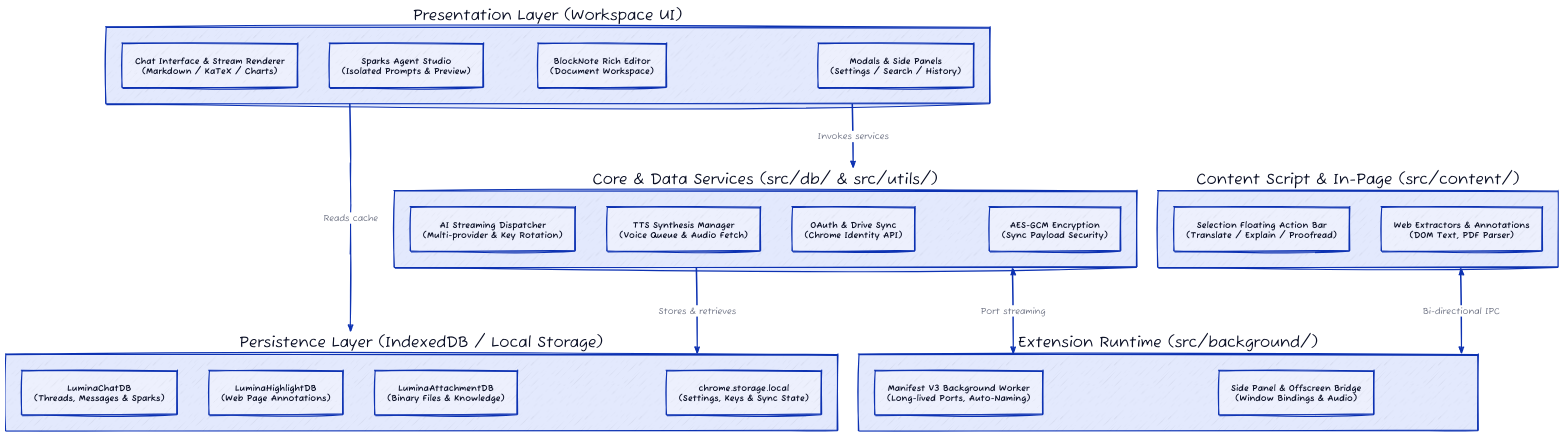
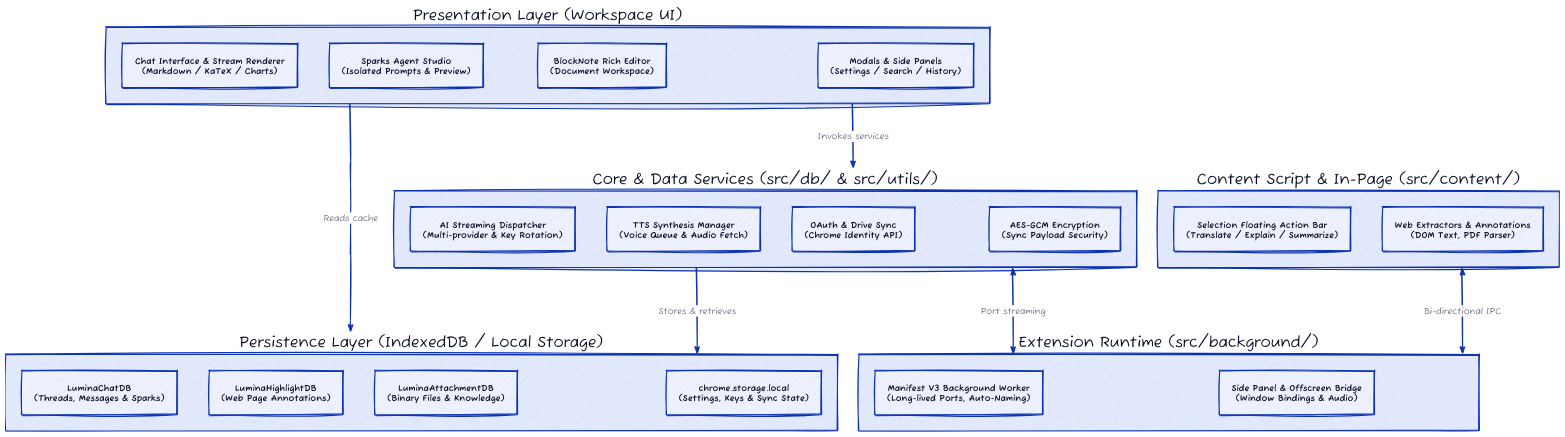
One commit to Dinhbinh02/Lumina changed the diagram in README.md. Above: the diagram before and after it, drawn with D2. The commit also changed other lines of this file and 51 other files, not shown here.

````diff
--- a/README.md
+++ b/README.md
@@ -21,45 +21,45 @@
 ```d2
 vars: {
   d2-config: {
     sketch: true
     theme-id: 0
   }
 }
 
 presentation_layer: "Presentation Layer (Workspace UI)" {
   chat_ui: "Chat Interface & Stream Renderer\n(Markdown / KaTeX / Charts)"
   sparks_studio: "Sparks Agent Studio\n(Isolated Prompts & Preview)"
   notes_editor: "BlockNote Rich Editor\n(Document Workspace)"
   modals: "Modals & Side Panels\n(Settings / Search / History)"
 }
 
 service_layer: "Core & Data Services (src/db/ & src/utils/)" {
   ai_stream: "AI Streaming Dispatcher\n(Multi-provider & Key Rotation)"
   tts_manager: "TTS Synthesis Manager\n(Voice Queue & Audio Fetch)"
   auth_sync: "OAuth & Drive Sync\n(Chrome Identity API)"
   crypto: "AES-GCM Encryption\n(Sync Payload Security)"
 }
 
 persistence_layer: "Persistence Layer (IndexedDB / Local Storage)" {
   chat_db: "LuminaChatDB\n(Threads, Messages & Sparks)"
   highlight_db: "LuminaHighlightDB\n(Web Page Annotations)"
   attachment_db: "LuminaAttachmentDB\n(Binary Files & Knowledge)"
   storage_local: "chrome.storage.local\n(Settings, Keys & Sync State)"
 }
 
 content_layer: "Content Script & In-Page (src/content/)" {
-  action_bar: "Selection Floating Action Bar\n(Translate / Explain / Proofread)"
+  action_bar: "Selection Floating Action Bar\n(Translate / Explain / Summarize)"
   extractors: "Web Extractors & Annotations\n(DOM Text, PDF Parser)"
 }
 
 runtime_layer: "Extension Runtime (src/background/)" {
   service_worker: "Manifest V3 Background Worker\n(Long-lived Ports, Auto-Naming)"
   sidepanel_offscreen: "Side Panel & Offscreen Bridge\n(Window Bindings & Audio)"
 }
 
 presentation_layer -> service_layer: Invokes services
 service_layer -> persistence_layer: Stores & retrieves
 presentation_layer -> persistence_layer: Reads cache
 content_layer <-> runtime_layer: Bi-directional IPC
 service_layer <-> runtime_layer: Port streaming
 ```
````
